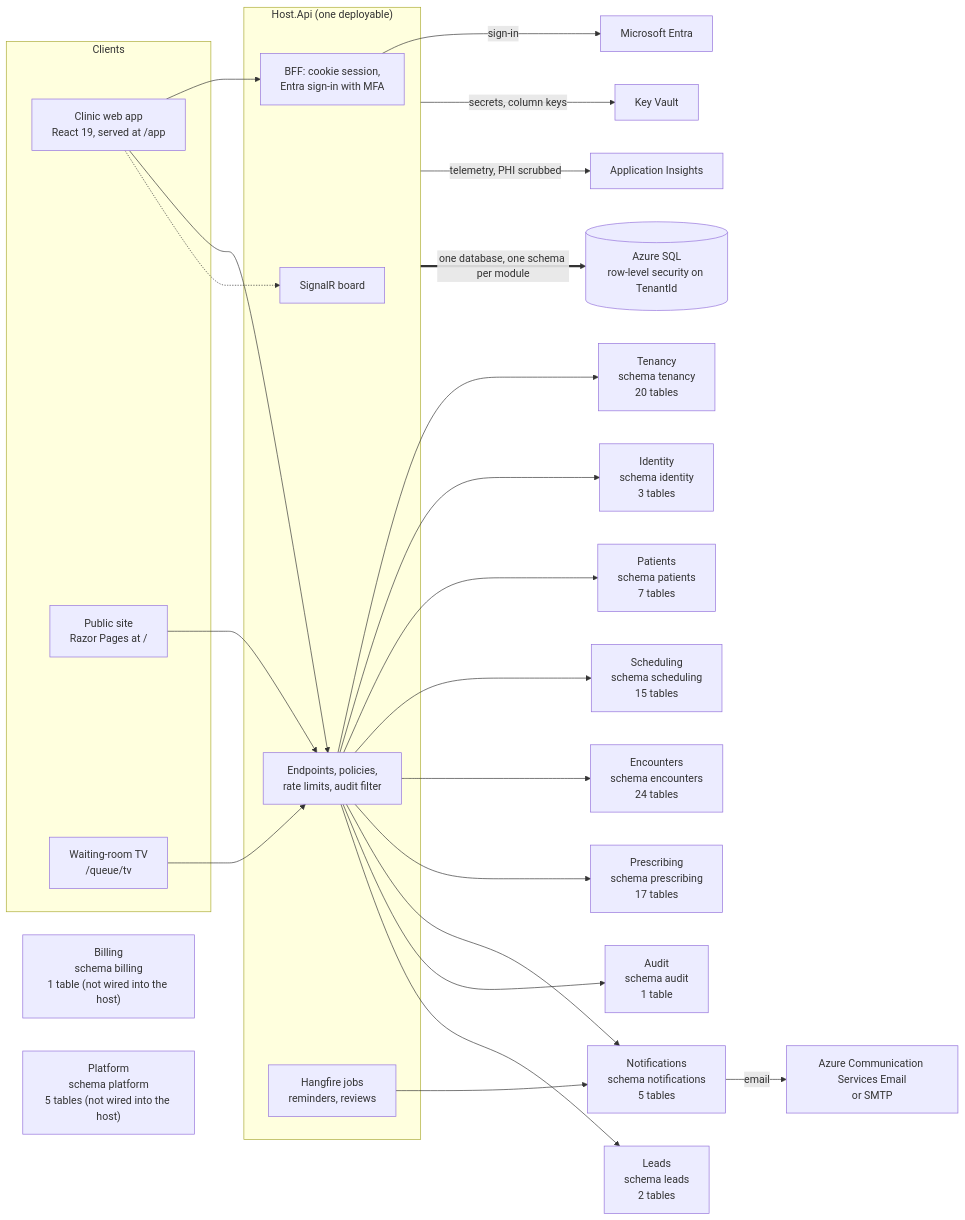
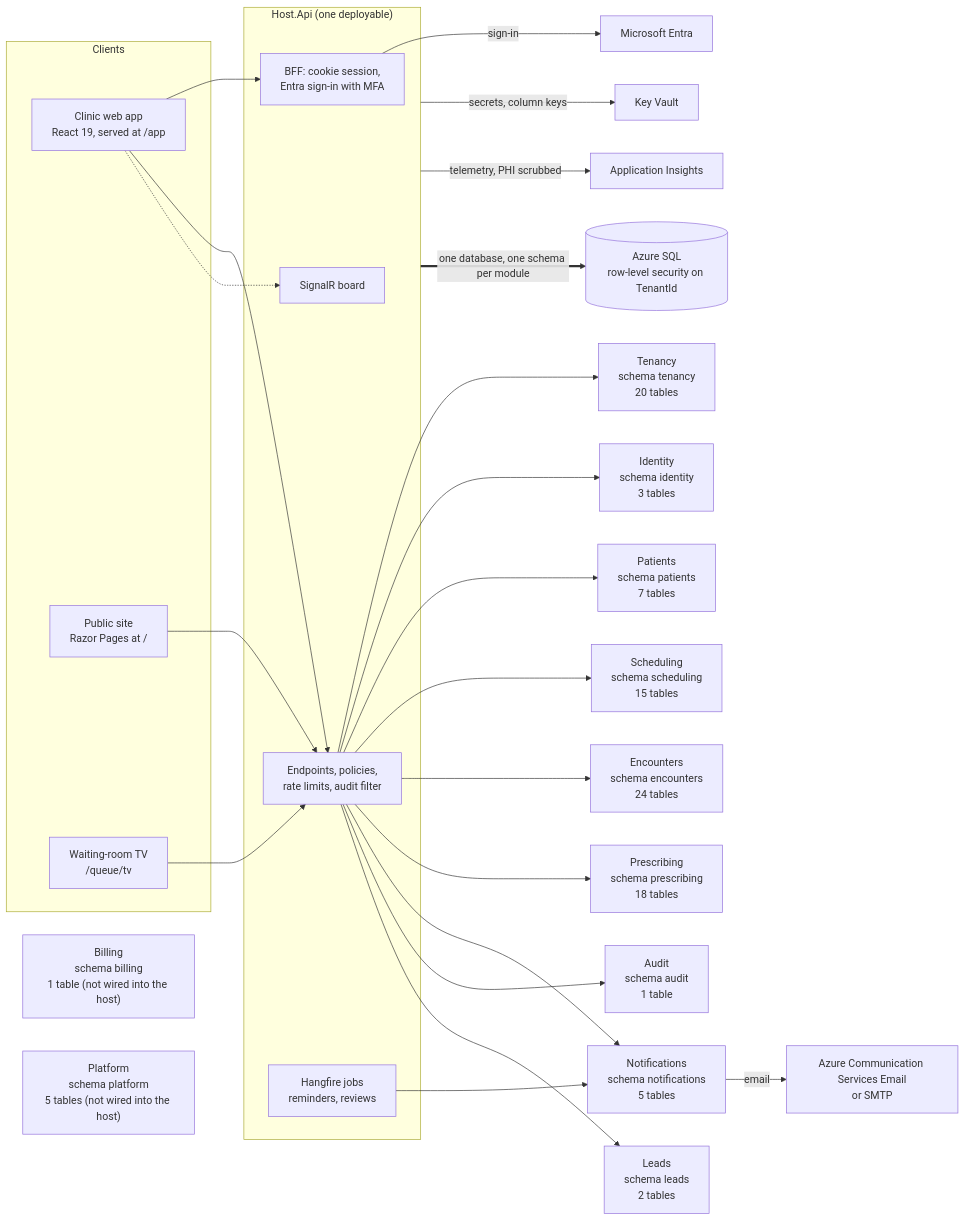
One commit to ALFRED-LUCIFER/medvya changed the first of 14 diagrams in docs/03-architecture/erd.md. Above: the diagram before and after it, drawn with Mermaid. The commit also changed other lines of this file and 32 other files, not shown here.

````diff
--- a/docs/03-architecture/erd.md
+++ b/docs/03-architecture/erd.md
@@ -15,36 +15,36 @@
 ```mermaid
 flowchart LR
   subgraph Clients
     web["Clinic web app<br/>React 19, served at /app"]
     site["Public site<br/>Razor Pages at /"]
     tv["Waiting-room TV<br/>/queue/tv"]
   end
   subgraph Host["Host.Api (one deployable)"]
     bff["BFF: cookie session,<br/>Entra sign-in with MFA"]
     api["Endpoints, policies,<br/>rate limits, audit filter"]
     hub["SignalR board"]
     jobs["Hangfire jobs<br/>reminders, reviews"]
   end
   web --> bff
   web --> api
   web -.-> hub
   tv --> api
   site --> api
   api --> Tenancy["Tenancy<br/>schema tenancy<br/>20 tables"]
   api --> Identity["Identity<br/>schema identity<br/>3 tables"]
   api --> Patients["Patients<br/>schema patients<br/>7 tables"]
   api --> Scheduling["Scheduling<br/>schema scheduling<br/>15 tables"]
   api --> Encounters["Encounters<br/>schema encounters<br/>24 tables"]
-  api --> Prescribing["Prescribing<br/>schema prescribing<br/>17 tables"]
+  api --> Prescribing["Prescribing<br/>schema prescribing<br/>18 tables"]
   api --> Notifications["Notifications<br/>schema notifications<br/>5 tables"]
   api --> Audit["Audit<br/>schema audit<br/>1 table"]
   api --> Leads["Leads<br/>schema leads<br/>2 tables"]
   Billing["Billing<br/>schema billing<br/>1 table (not wired into the host)"]
   Platform["Platform<br/>schema platform<br/>5 tables (not wired into the host)"]
   jobs --> Notifications
   bff -->|"sign-in"| entra["Microsoft Entra"]
   Notifications -->|"email"| mail["Azure Communication Services Email<br/>or SMTP"]
   Host -->|"secrets, column keys"| kv["Key Vault"]
   Host -->|"telemetry, PHI scrubbed"| ai["Application Insights"]
   Host ==>|"one database, one schema per module"| sql[("Azure SQL<br/>row-level security on TenantId")]
 ```
````
